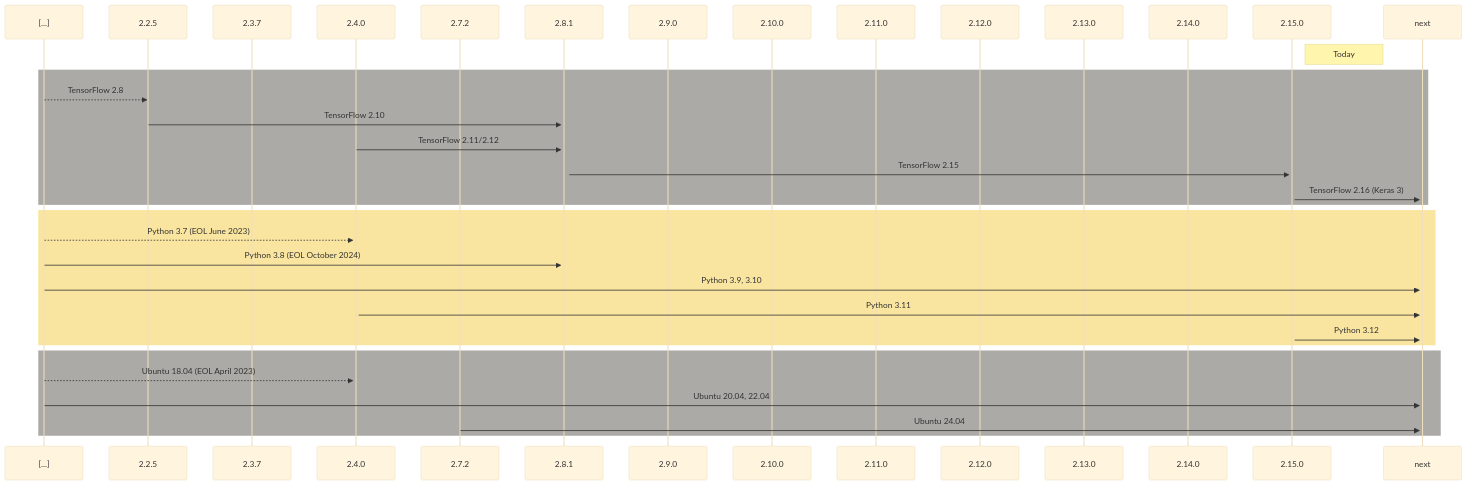
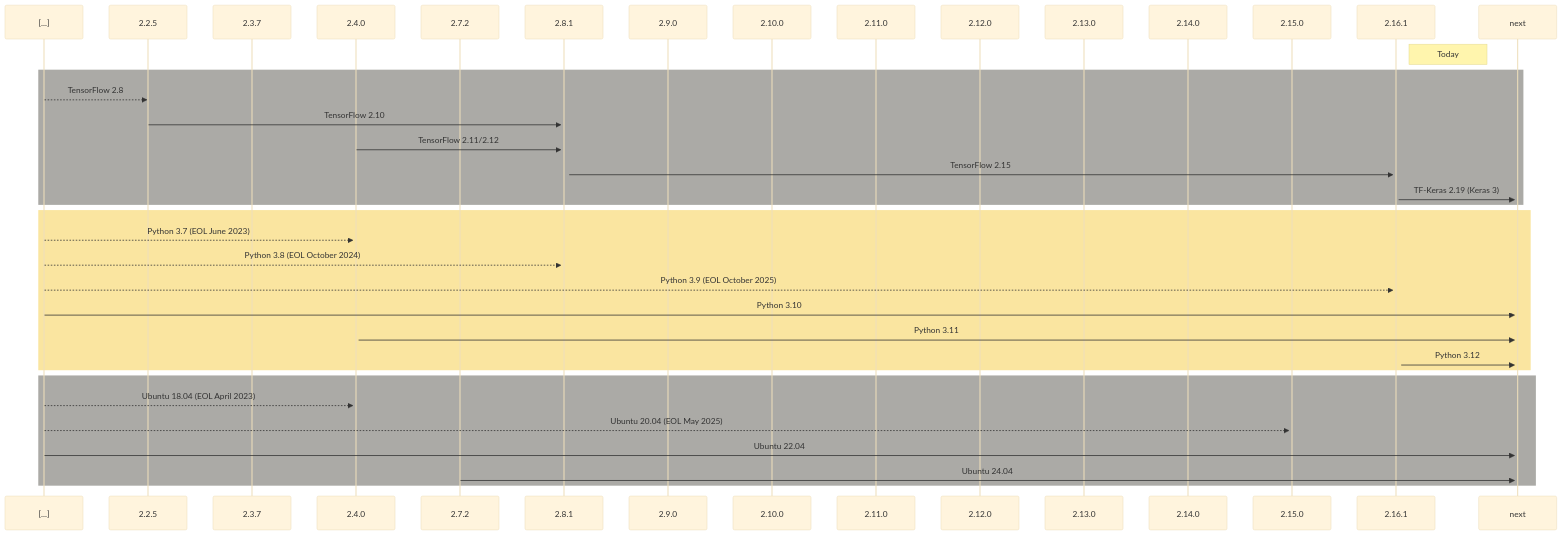
Before and after one commit to Brainchip-Inc/akida_examples: the diagram in README.md, drawn with Mermaid.

Commit message:
docs(README): update supported history
- 2.16.1 is the last TF2.15 release
- python 3.9 EOL in 10/2025
- Ubuntu 20.04 EOL in 05/2025

````diff
--- a/README.md
+++ b/README.md
@@ -76,38 +76,41 @@
 ```mermaid
 sequenceDiagram
     participant [...]
     participant 2.2.5
     participant 2.3.7
     participant 2.4.0
     participant 2.7.2
     participant 2.8.1
     participant 2.9.0
     participant 2.10.0
     participant 2.11.0
     participant 2.12.0
     participant 2.13.0
     participant 2.14.0
     participant 2.15.0
+    participant 2.16.1
     participant next
-    Note right of 2.15.0: Today
+    Note right of 2.16.1: Today
 rect rgb(171, 170, 166)
     [...]-->>2.2.5: TensorFlow 2.8
     2.2.5->>+2.8.1: TensorFlow 2.10
     2.4.0->>+2.8.1: TensorFlow 2.11/2.12
-    2.8.1->>+2.15.0: TensorFlow 2.15
-    2.15.0->>+next: TensorFlow 2.16 (Keras 3)
+    2.8.1->>+2.16.1: TensorFlow 2.15
+    2.16.1->>+next: TF-Keras 2.19 (Keras 3)
 end
 rect rgb(250, 229, 160)
     [...]-->>+2.4.0: Python 3.7 (EOL June 2023)
-    [...]->>+2.8.1: Python 3.8 (EOL October 2024)
-    [...]->>+next: Python 3.9, 3.10
+    [...]-->>+2.8.1: Python 3.8 (EOL October 2024)
+    [...]-->>+2.16.1: Python 3.9 (EOL October 2025)
+    [...]->>+next: Python 3.10
     2.4.0->>+next: Python 3.11
-    2.15.0->>+next: Python 3.12
+    2.16.1->>+next: Python 3.12
 end
 rect rgb(171, 170, 166)
     [...]-->>+2.4.0: Ubuntu 18.04 (EOL April 2023)
-    [...]->>+next: Ubuntu 20.04, 22.04
+    [...]-->>+2.15.0: Ubuntu 20.04 (EOL May 2025)
+    [...]->>+next: Ubuntu 22.04
     2.7.2->>+next: Ubuntu 24.04
 end
 %%{init:{'theme':'base'}}%%
 ```
````
